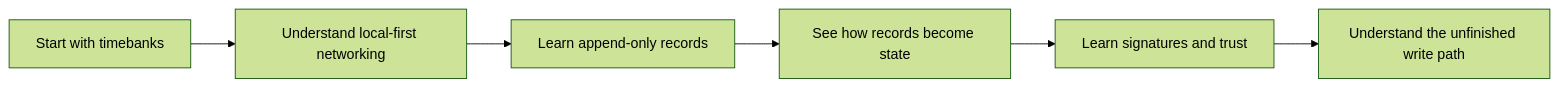
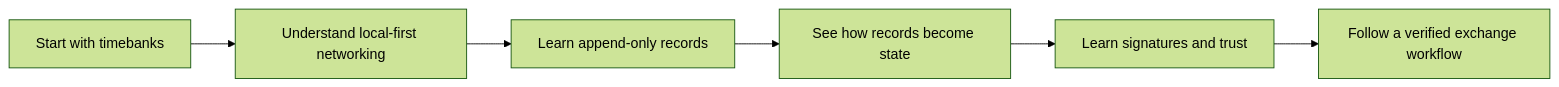
The diagram in docs/education/README.md (matthewlovestocode/peer-hours), drawn with Mermaid (forest theme) before and after one commit. The commit also changed other lines of this file and 62 other files, not shown here.

````diff
--- a/docs/education/README.md
+++ b/docs/education/README.md
@@ -7,8 +7,8 @@
 ```mermaid
 flowchart LR
     A["Start with timebanks"] --> B["Understand local-first networking"]
     B --> C["Learn append-only records"]
     C --> D["See how records become state"]
     D --> E["Learn signatures and trust"]
-    E --> F["Understand the unfinished write path"]
+    E --> F["Follow a verified exchange workflow"]
 ```
````
